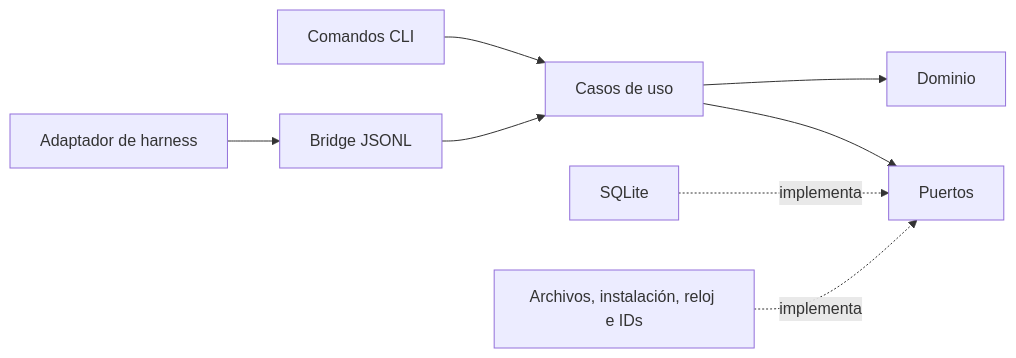
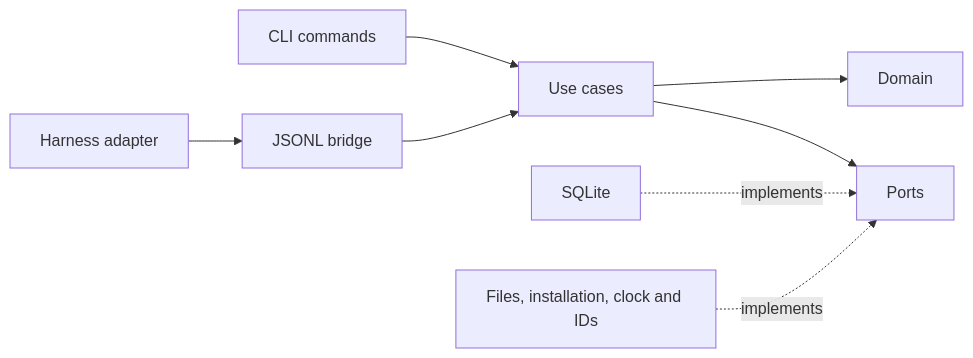
The diagram in docs/architecture.md (xpersh/xper), drawn with Mermaid before and after one commit. The commit also changed other lines of this file and 42 other files, not shown here.

````diff
--- a/docs/architecture.md
+++ b/docs/architecture.md
@@ -12,10 +12,10 @@
 ```mermaid
 flowchart LR
-    Adapter[Adaptador de harness] --> Bridge[Bridge JSONL]
-    Terminal[Comandos CLI] --> Cases[Casos de uso]
+    Adapter[Harness adapter] --> Bridge[JSONL bridge]
+    Terminal[CLI commands] --> Cases[Use cases]
     Bridge --> Cases
-    Cases --> Domain[Dominio]
-    Cases --> Ports[Puertos]
-    SQLite[SQLite] -. implementa .-> Ports
-    Local[Archivos, instalación, reloj e IDs] -. implementa .-> Ports
+    Cases --> Domain[Domain]
+    Cases --> Ports[Ports]
+    SQLite[SQLite] -. implements .-> Ports
+    Local[Files, installation, clock and IDs] -. implements .-> Ports
 ```
````
